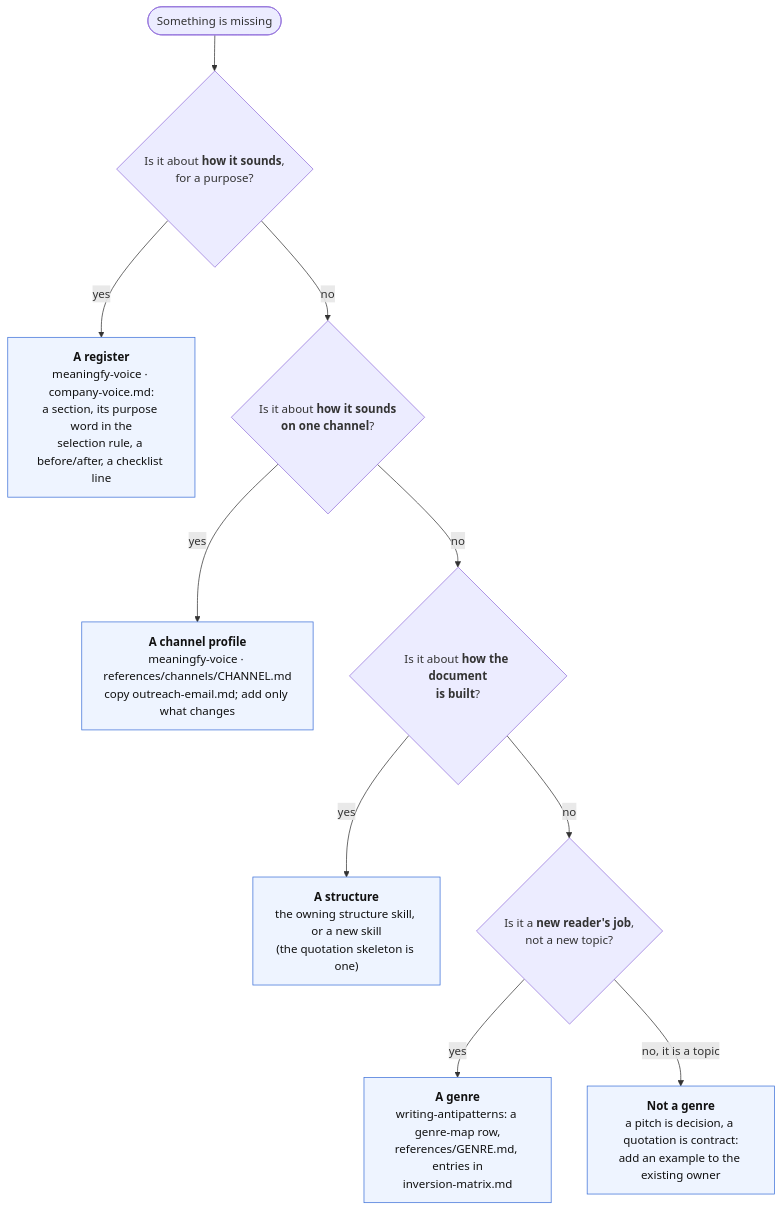
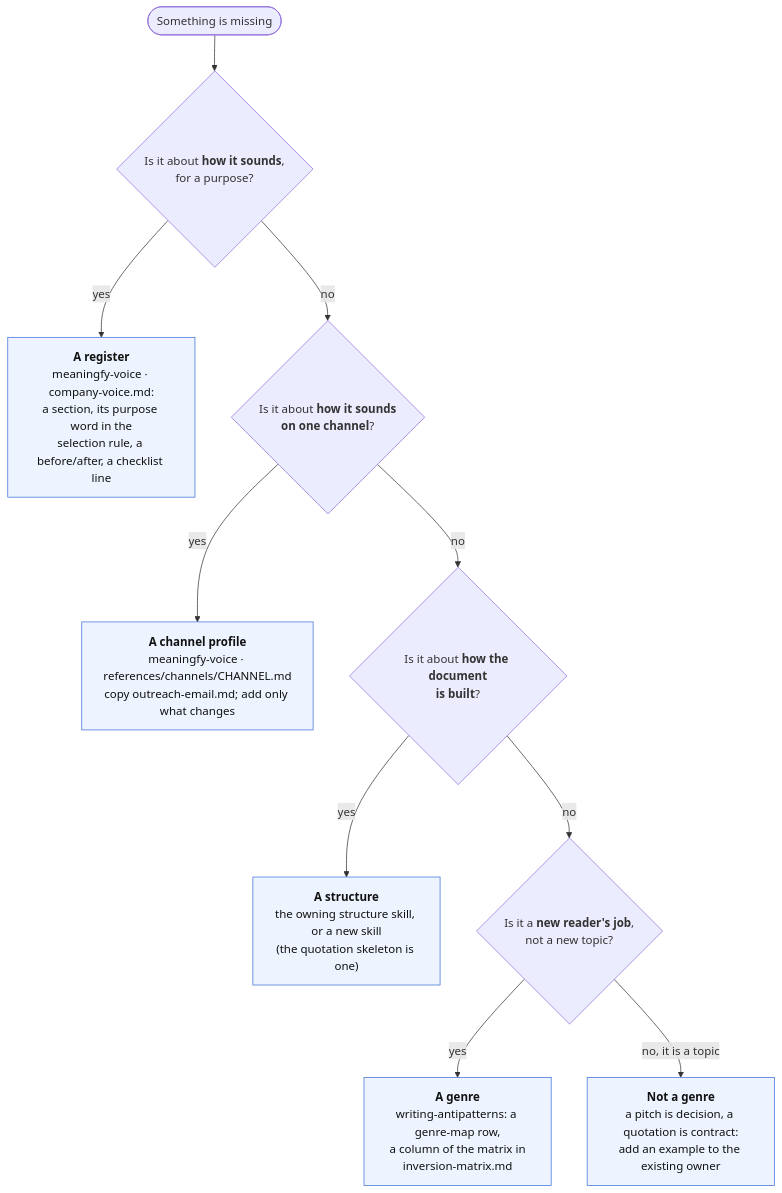
The fourth of 4 diagrams in docs/environment/communication.md (meaningfy-ws/skillery), drawn with Mermaid before and after one commit. The commit also changed 240 other files, not shown here.

````diff
--- a/docs/environment/communication.md
+++ b/docs/environment/communication.md
@@ -150,15 +150,15 @@
 ```mermaid
 flowchart TD
     START(["Something is missing"]) --> Q1{"Is it about <b>how it sounds</b>,<br/>for a purpose?"}
     Q1 -->|yes| REG["<b>A register</b><br/>meaningfy-voice · company-voice.md:<br/>a section, its purpose word in the<br/>selection rule, a before/after, a checklist line"]
     Q1 -->|no| Q2{"Is it about <b>how it sounds<br/>on one channel</b>?"}
     Q2 -->|yes| CHN["<b>A channel profile</b><br/>meaningfy-voice · references/channels/CHANNEL.md<br/>copy outreach-email.md; add only what changes"]
     Q2 -->|no| Q3{"Is it about <b>how the document<br/>is built</b>?"}
     Q3 -->|yes| STR["<b>A structure</b><br/>the owning structure skill, or a new skill<br/>(the quotation skeleton is one)"]
     Q3 -->|no| Q4{"Is it a <b>new reader's job</b>,<br/>not a new topic?"}
-    Q4 -->|yes| GEN["<b>A genre</b><br/>writing-antipatterns: a genre-map row,<br/>references/GENRE.md, entries in<br/>inversion-matrix.md"]
+    Q4 -->|yes| GEN["<b>A genre</b><br/>writing-antipatterns: a genre-map row,<br/>a column of the matrix in<br/>inversion-matrix.md"]
     Q4 -->|"no, it is a topic"| DOM["<b>Not a genre</b><br/>a pitch is decision, a quotation is contract:<br/>add an example to the existing owner"]
 
     classDef leaf fill:#eef4ff,stroke:#3b6fd8,color:#111
     class REG,CHN,STR,GEN,DOM leaf
 ```
````
